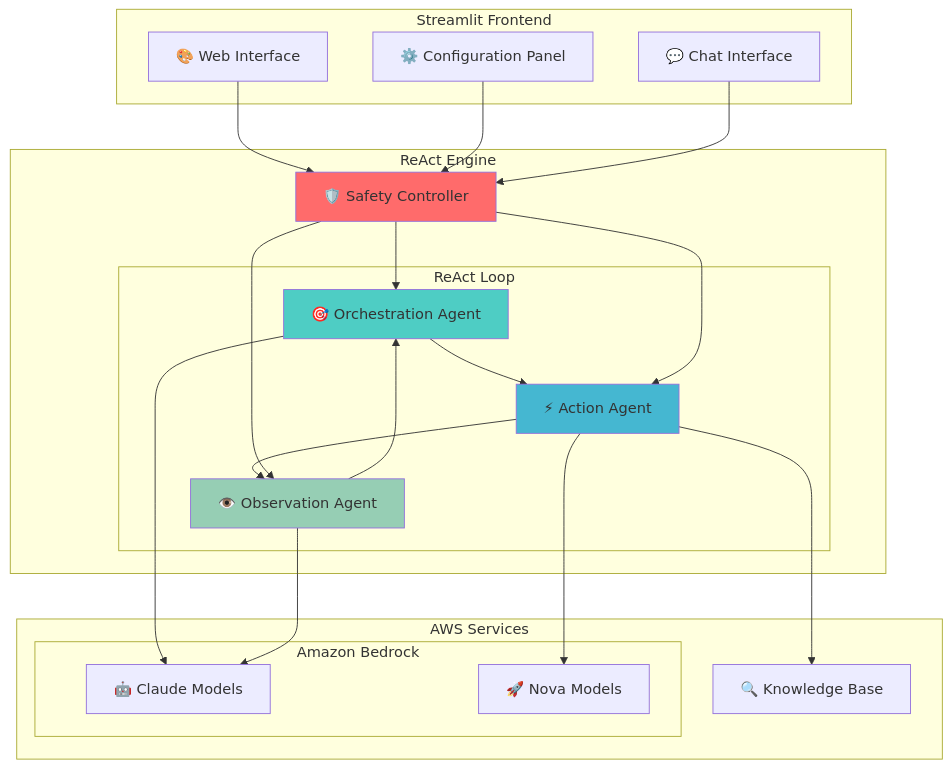
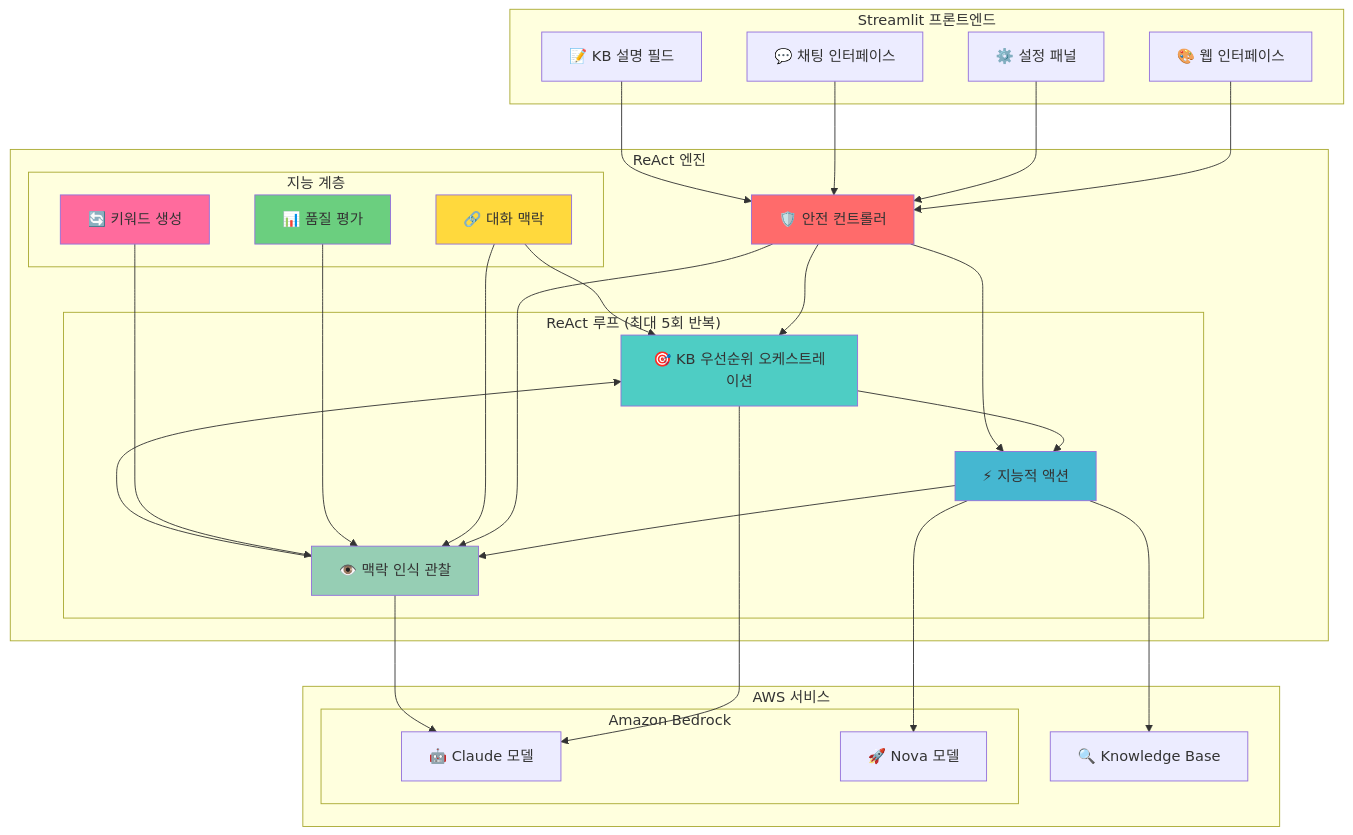
The first of 2 diagrams in README-KO.md (jesamkim/aws-strands-agents-chatbot), drawn with Mermaid before and after one commit. The commit also changed other lines of this file and 16 other files, not shown here.

````diff
--- a/README-KO.md
+++ b/README-KO.md
@@ -47,50 +49,66 @@
 ```mermaid
 graph TB
-    subgraph "Streamlit Frontend"
-        UI[🎨 Web Interface]
-        Sidebar[⚙️ Configuration Panel]
-        Chat[💬 Chat Interface]
+    subgraph "Streamlit 프론트엔드"
+        UI[🎨 웹 인터페이스]
+        Sidebar[⚙️ 설정 패널]
+        Chat[💬 채팅 인터페이스]
+        KBDesc[📝 KB 설명 필드]
     end
     
-    subgraph "ReAct Engine"
-        Controller[🛡️ Safety Controller]
+    subgraph "ReAct 엔진"
+        Controller[🛡️ 안전 컨트롤러]
         
-        subgraph "ReAct Loop"
-            O[🎯 Orchestration Agent]
-            A[⚡ Action Agent]
-            Obs[👁️ Observation Agent]
+        subgraph "ReAct 루프 (최대 5회 반복)"
+            O[🎯 KB 우선순위 오케스트레이션]
+            A[⚡ 지능적 액션]
+            Obs[👁️ 맥락 인식 관찰]
             
             O --> A
             A --> Obs
             Obs --> O
         end
+        
+        subgraph "지능 계층"
+            CC[🔗 대화 맥락]
+            QA[📊 품질 평가]
+            KG[🔄 키워드 생성]
+        end
     end
     
-    subgraph "AWS Services"
+    subgraph "AWS 서비스"
         subgraph "Amazon Bedrock"
-            Claude[🤖 Claude Models]
-            Nova[🚀 Nova Models]
+            Claude[🤖 Claude 모델]
+            Nova[🚀 Nova 모델]
         end
         
         KB[🔍 Knowledge Base]
     end
     
     UI --> Controller
     Sidebar --> Controller
     Chat --> Controller
+    KBDesc --> Controller
     
     Controller --> O
     Controller --> A
     Controller --> Obs
     
     O --> Claude
     A --> Nova
     Obs --> Claude
     
     A --> KB
     
+    CC --> O
+    CC --> Obs
+    QA --> Obs
+    KG --> Obs
+    
     style Controller fill:#ff6b6b
     style O fill:#4ecdc4
     style A fill:#45b7d1
     style Obs fill:#96ceb4
+    style CC fill:#ffd93d
+    style QA fill:#6bcf7f
+    style KG fill:#ff6b9d
 ```
````
